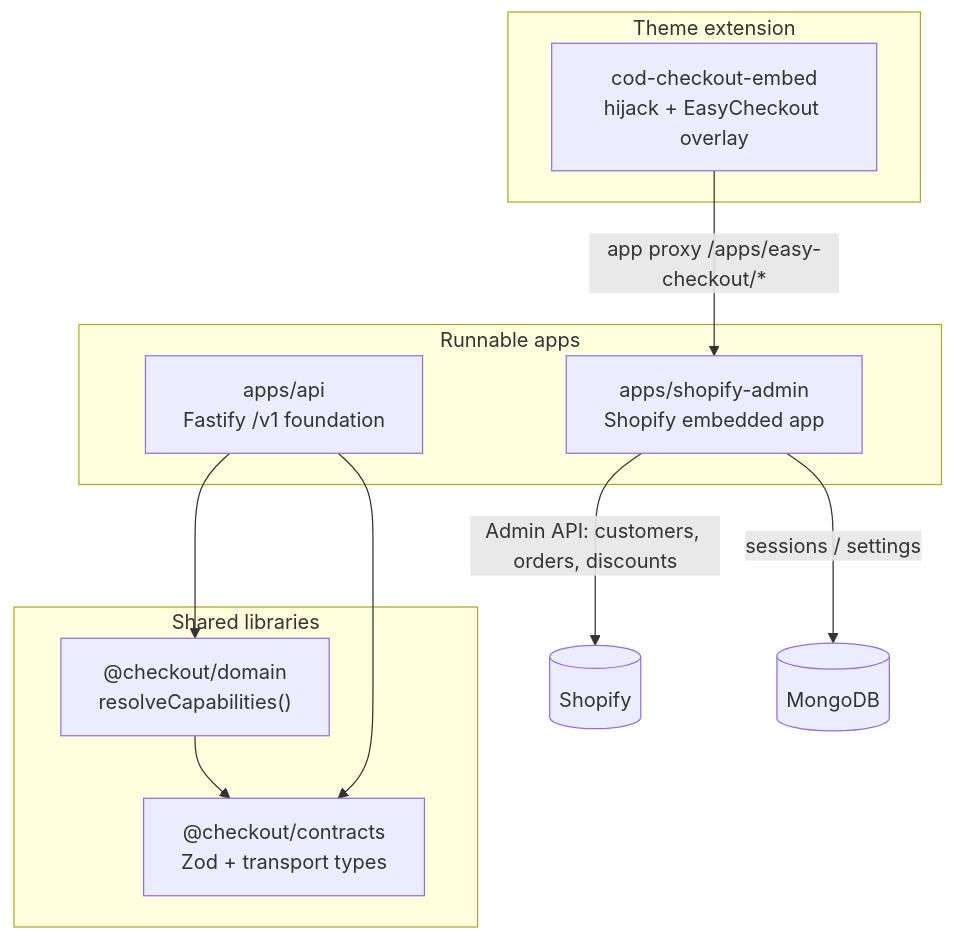
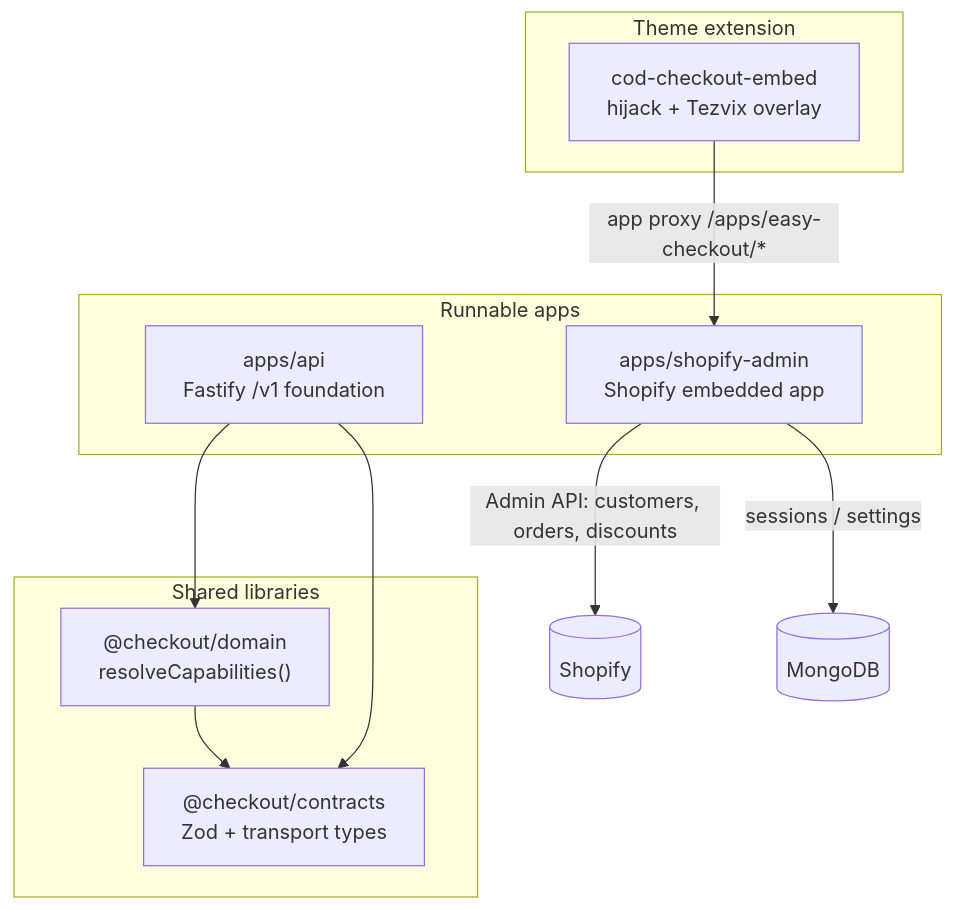
Before and after one commit to ershopifydev-bit/Checkout: the first of 4 diagrams in docs/architecture/system-overview.md, drawn with Mermaid. The commit also changed other lines of this file and 22 other files, not shown here.

````diff
--- a/docs/architecture/system-overview.md
+++ b/docs/architecture/system-overview.md
@@ -40,23 +40,23 @@
 ```mermaid
 flowchart TB
   subgraph packages ["Shared libraries"]
     C["@checkout/contracts<br/>Zod + transport types"]
     D["@checkout/domain<br/>resolveCapabilities()"]
   end
 
   subgraph apps ["Runnable apps"]
     API["apps/api<br/>Fastify /v1 foundation"]
     ADM["apps/shopify-admin<br/>Shopify embedded app"]
   end
 
   subgraph embed ["Theme extension"]
-    EMB["cod-checkout-embed<br/>hijack + EasyCheckout overlay"]
+    EMB["cod-checkout-embed<br/>hijack + Tezvix overlay"]
   end
 
   D --> C
   API --> C
   API --> D
   EMB -->|"app proxy /apps/easy-checkout/*"| ADM
   ADM -->|"Admin API: customers, orders, discounts"| SH[(Shopify)]
   ADM -->|"sessions / settings"| MG[(MongoDB)]
 ```
````
